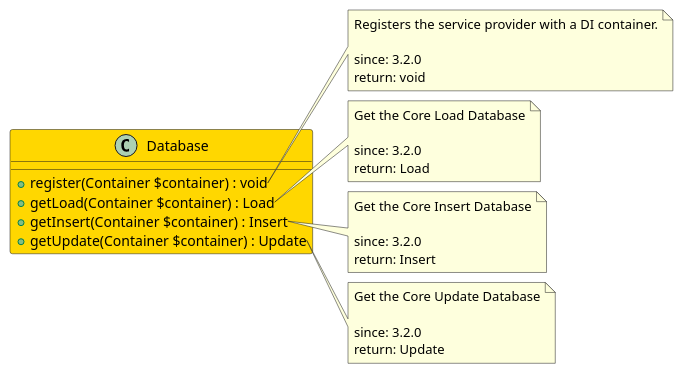
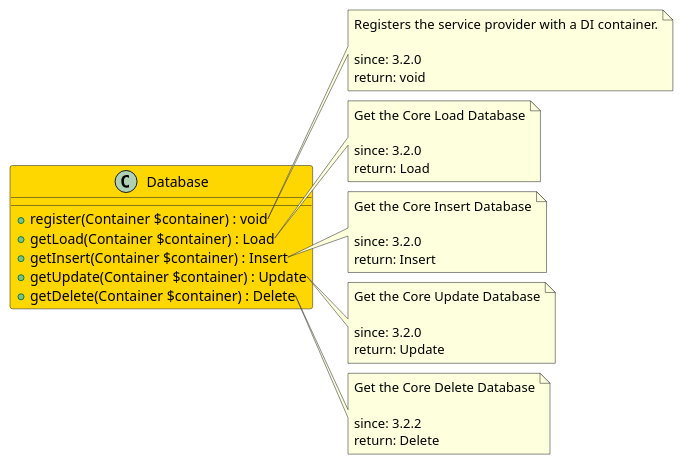
Before and after one commit to joomengine/super-powers: the diagram in src/4815e1c7-a433-443d-a112-d1e03d7df84b/README.md, drawn with PlantUML. The commit also changed other lines of this file and 249 other files, not shown here.

````diff
--- a/src/4815e1c7-a433-443d-a112-d1e03d7df84b/README.md
+++ b/src/4815e1c7-a433-443d-a112-d1e03d7df84b/README.md
@@ -11,39 +12,47 @@
 ```uml
 @startuml
 class Database  #Gold {
   + register(Container $container) : void
   + getLoad(Container $container) : Load
   + getInsert(Container $container) : Insert
   + getUpdate(Container $container) : Update
+  + getDelete(Container $container) : Delete
 }
 
 note right of Database::register
   Registers the service provider with a DI container.
 
   since: 3.2.0
   return: void
 end note
 
 note right of Database::getLoad
   Get the Core Load Database
 
   since: 3.2.0
   return: Load
 end note
 
 note right of Database::getInsert
   Get the Core Insert Database
 
   since: 3.2.0
   return: Insert
 end note
 
 note right of Database::getUpdate
   Get the Core Update Database
 
   since: 3.2.0
   return: Update
 end note
+
+note right of Database::getDelete
+  Get the Core Delete Database
+
+  since: 3.2.2
+  return: Delete
+end note
  
 @enduml
 ```
````
